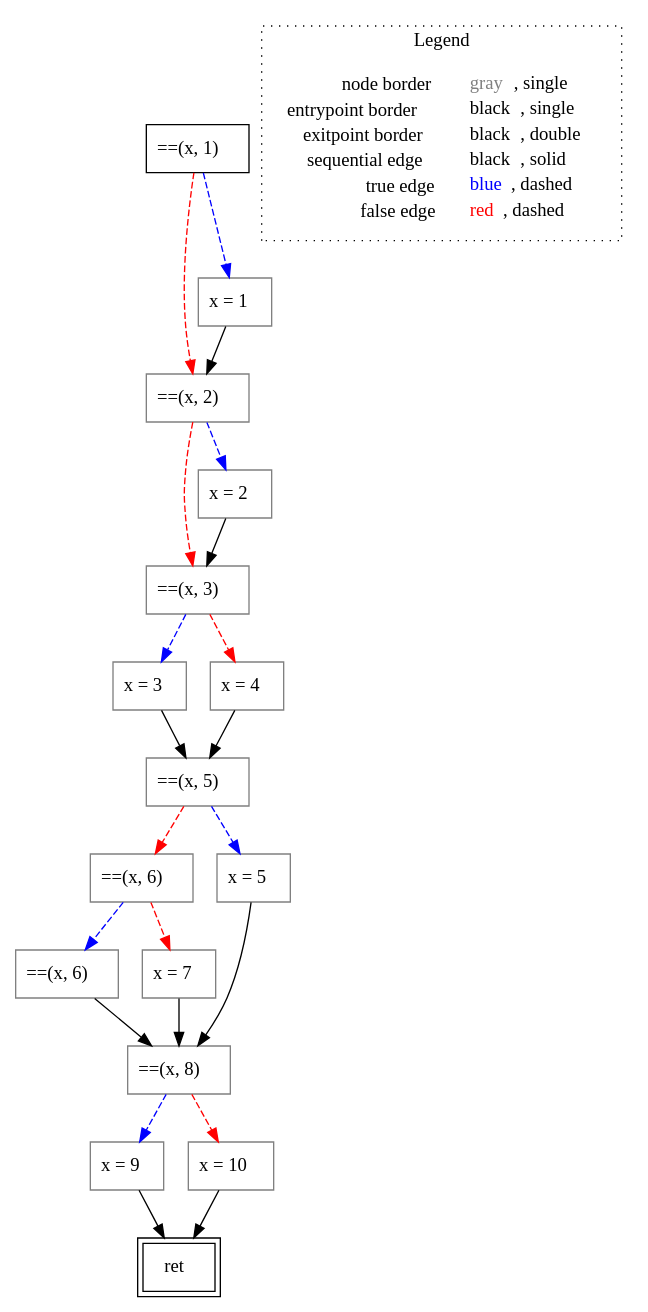
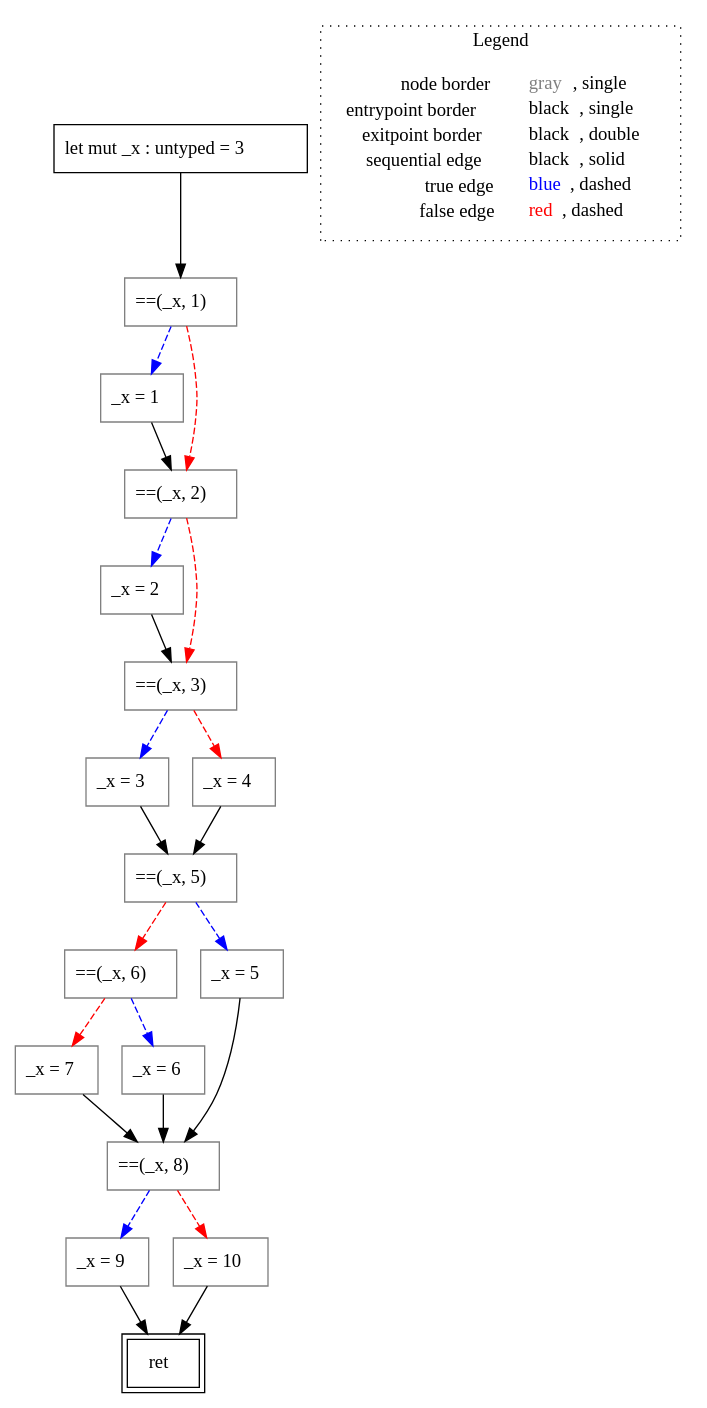
One commit to VincenzoArceri/rust-lisa changed the diagram in rust-lisa/rust-testcases/cfg/more-than-one-if/()_rust-testcases_cfg_more-than-one-if_more-than-one-if.rs.main().dot. Above: the diagram before and after it, drawn with Graphviz. The commit also changed 26 other files, not shown here.

```diff
--- a/rust-lisa/rust-testcases/cfg/more-than-one-if/()_rust-testcases_cfg_more-than-one-if_more-than-one-if.rs.main().dot
+++ b/rust-lisa/rust-testcases/cfg/more-than-one-if/()_rust-testcases_cfg_more-than-one-if_more-than-one-if.rs.main().dot
@@ -1,46 +1,48 @@
 digraph {
-	"node0" [shape="rect",color="black",label=<==(x, 1)>];
-	"node1" [shape="rect",color="gray",label=<==(x, 6)>];
-	"node2" [shape="rect",color="gray",label=<x = 9>];
-	"node3" [shape="rect",color="gray",label=<x = 3>];
+	"node0" [shape="rect",color="black",label=<let mut _x : untyped = 3>];
+	"node1" [shape="rect",color="gray",label=<_x = 9>];
+	"node2" [shape="rect",color="gray",label=<_x = 2>];
+	"node3" [shape="rect",color="gray",label=<==(_x, 3)>];
 	"node4" [shape="rect",color="black",peripheries="2",label=<ret>];
-	"node5" [shape="rect",color="gray",label=<==(x, 5)>];
-	"node6" [shape="rect",color="gray",label=<==(x, 6)>];
-	"node7" [shape="rect",color="gray",label=<x = 5>];
-	"node8" [shape="rect",color="gray",label=<x = 4>];
-	"node9" [shape="rect",color="gray",label=<==(x, 2)>];
-	"node10" [shape="rect",color="gray",label=<==(x, 8)>];
-	"node11" [shape="rect",color="gray",label=<x = 1>];
-	"node12" [shape="rect",color="gray",label=<x = 10>];
-	"node13" [shape="rect",color="gray",label=<==(x, 3)>];
-	"node14" [shape="rect",color="gray",label=<x = 7>];
-	"node15" [shape="rect",color="gray",label=<x = 2>];
-	"node1" -> "node6" [color="blue",style="dashed"];
-	"node1" -> "node14" [color="red",style="dashed"];
-	"node2" -> "node4" [color="black"];
-	"node3" -> "node5" [color="black"];
-	"node5" -> "node1" [color="red",style="dashed"];
-	"node5" -> "node7" [color="blue",style="dashed"];
-	"node6" -> "node10" [color="black"];
-	"node7" -> "node10" [color="black"];
-	"node8" -> "node5" [color="black"];
-	"node0" -> "node11" [color="blue",style="dashed"];
-	"node0" -> "node9" [color="red",style="dashed"];
-	"node9" -> "node13" [color="red",style="dashed"];
-	"node9" -> "node15" [color="blue",style="dashed"];
-	"node10" -> "node2" [color="blue",style="dashed"];
-	"node10" -> "node12" [color="red",style="dashed"];
-	"node11" -> "node9" [color="black"];
-	"node12" -> "node4" [color="black"];
-	"node13" -> "node3" [color="blue",style="dashed"];
-	"node13" -> "node8" [color="red",style="dashed"];
-	"node14" -> "node10" [color="black"];
-	"node15" -> "node13" [color="black"];
+	"node5" [shape="rect",color="gray",label=<==(_x, 1)>];
+	"node6" [shape="rect",color="gray",label=<_x = 3>];
+	"node7" [shape="rect",color="gray",label=<_x = 7>];
+	"node8" [shape="rect",color="gray",label=<==(_x, 8)>];
+	"node9" [shape="rect",color="gray",label=<_x = 4>];
+	"node10" [shape="rect",color="gray",label=<==(_x, 6)>];
+	"node11" [shape="rect",color="gray",label=<_x = 6>];
+	"node12" [shape="rect",color="gray",label=<==(_x, 5)>];
+	"node13" [shape="rect",color="gray",label=<_x = 1>];
+	"node14" [shape="rect",color="gray",label=<_x = 5>];
+	"node15" [shape="rect",color="gray",label=<_x = 10>];
+	"node16" [shape="rect",color="gray",label=<==(_x, 2)>];
+	"node1" -> "node4" [color="black"];
+	"node2" -> "node3" [color="black"];
+	"node3" -> "node9" [color="red",style="dashed"];
+	"node3" -> "node6" [color="blue",style="dashed"];
+	"node5" -> "node13" [color="blue",style="dashed"];
+	"node5" -> "node16" [color="red",style="dashed"];
+	"node0" -> "node5" [color="black"];
+	"node6" -> "node12" [color="black"];
+	"node7" -> "node8" [color="black"];
+	"node8" -> "node1" [color="blue",style="dashed"];
+	"node8" -> "node15" [color="red",style="dashed"];
+	"node9" -> "node12" [color="black"];
+	"node10" -> "node11" [color="blue",style="dashed"];
+	"node10" -> "node7" [color="red",style="dashed"];
+	"node11" -> "node8" [color="black"];
+	"node12" -> "node10" [color="red",style="dashed"];
+	"node12" -> "node14" [color="blue",style="dashed"];
+	"node13" -> "node16" [color="black"];
+	"node14" -> "node8" [color="black"];
+	"node15" -> "node4" [color="black"];
+	"node16" -> "node2" [color="blue",style="dashed"];
+	"node16" -> "node3" [color="red",style="dashed"];
 subgraph cluster_legend {
 	label="Legend";
 	style=dotted;
 	node [shape=plaintext];
 	"legend" [label=<<table border="0" cellpadding="2" cellspacing="0" cellborder="0"><tr><td align="right">node border&nbsp;</td><td align="left"><font color="gray">gray</font>, single</td></tr><tr><td align="right">entrypoint border&nbsp;</td><td align="left"><font color="black">black</font>, single</td></tr><tr><td align="right">exitpoint border&nbsp;</td><td align="left"><font color="black">black</font>, double</td></tr><tr><td align="right">sequential edge&nbsp;</td><td align="left"><font color="black">black</font>, solid</td></tr><tr><td align="right">true edge&nbsp;</td><td align="left"><font color="blue">blue</font>, dashed</td></tr><tr><td align="right">false edge&nbsp;</td><td align="left"><font color="red">red</font>, dashed</td></tr></table>>];
 }
 
 }
```
